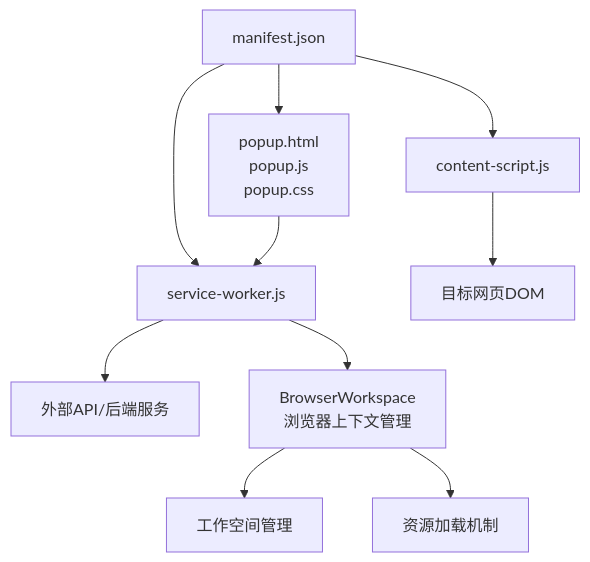
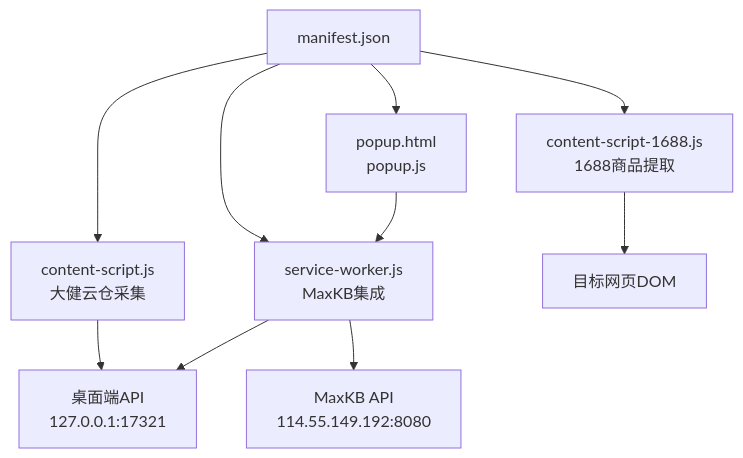
The first of 7 diagrams in .qoder/repowiki/zh/content/系统架构/浏览器扩展架构.md (iljahofbauer219-lang/yandu), drawn with Mermaid before and after one commit. The commit also changed other lines of this file and 340 other files, not shown here.

````diff
--- a/.qoder/repowiki/zh/content/系统架构/浏览器扩展架构.md
+++ b/.qoder/repowiki/zh/content/系统架构/浏览器扩展架构.md
@@ -48,12 +48,12 @@
 ```mermaid
 graph TB
-A["manifest.json"] --> B["content-script.js"]
-A --> C["popup.html<br/>popup.js<br/>popup.css"]
-A --> D["service-worker.js"]
-B --> E["目标网页DOM"]
-C --> D
-D --> F["外部API/后端服务"]
-D --> G["BrowserWorkspace<br/>浏览器上下文管理"]
-G --> H["工作空间管理"]
-G --> I["资源加载机制"]
+A["manifest.json"] --> B["content-script.js<br/>大健云仓采集"]
+A --> C["content-script-1688.js<br/>1688商品提取"]
+A --> D["popup.html<br/>popup.js"]
+A --> E["service-worker.js<br/>MaxKB集成"]
+B --> F["桌面端API<br/>127.0.0.1:17321"]
+C --> G["目标网页DOM"]
+D --> E
+E --> H["MaxKB API<br/>114.55.149.192:8080"]
+E --> F
 ```
````
